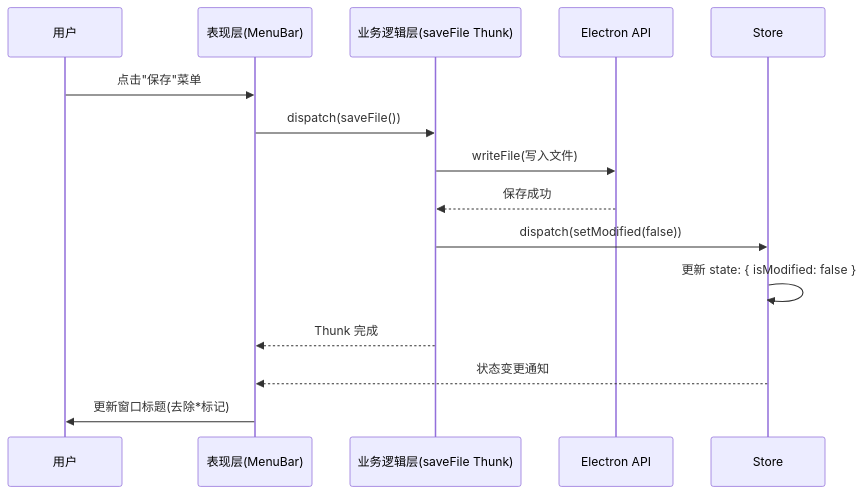
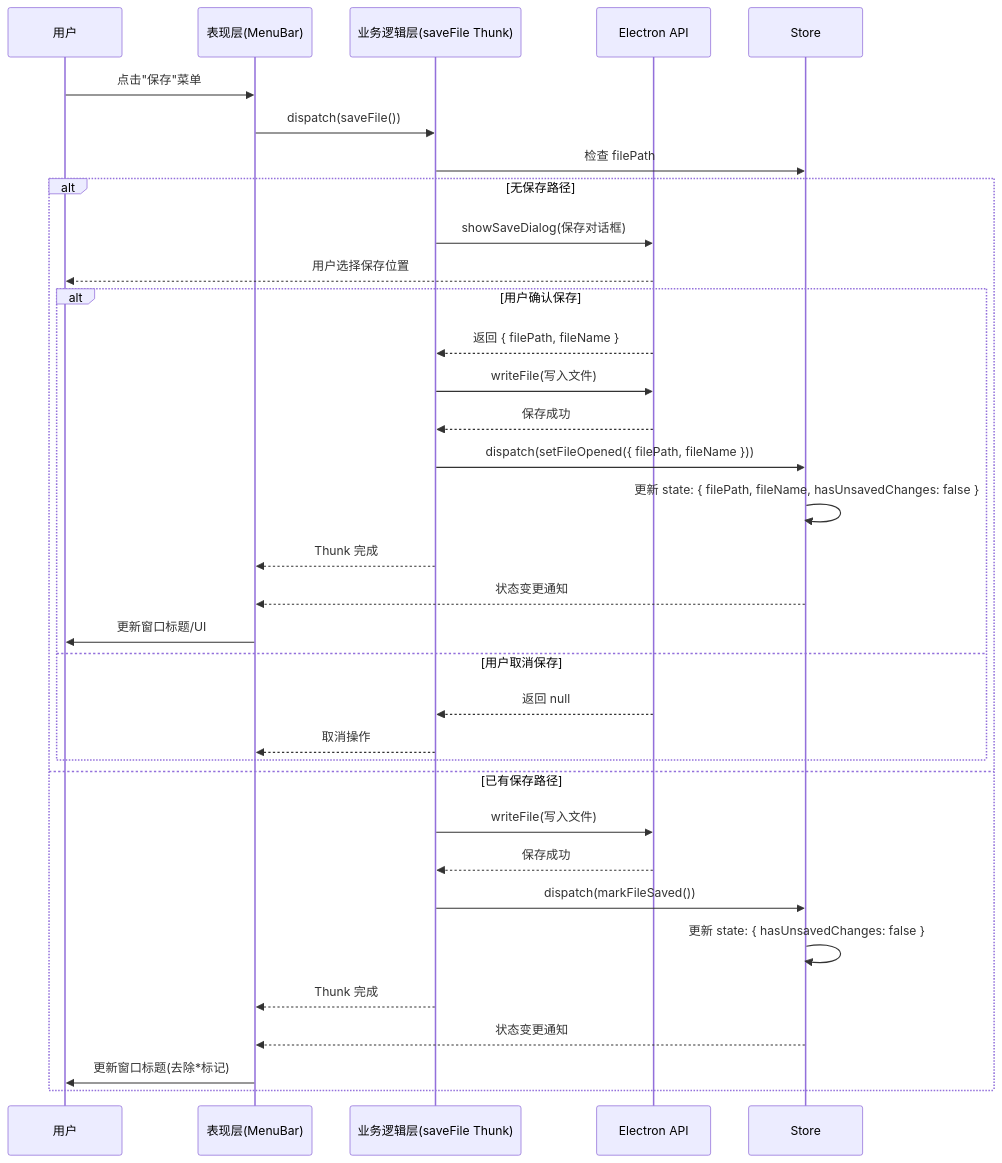
The third of 4 diagrams in doc/技术设计/业务逻辑层.md (kampfer/trae-image-marker), drawn with Mermaid before and after one commit. The commit also changed other lines of this file and 2 other files, not shown here.

````diff
--- a/doc/技术设计/业务逻辑层.md
+++ b/doc/技术设计/业务逻辑层.md
@@ -326,18 +351,37 @@
 ```mermaid
 sequenceDiagram
     participant U as 用户
     participant UI as 表现层(MenuBar)
     participant CL as 业务逻辑层(saveFile Thunk)
     participant EP as Electron API
     participant SL as Store
 
     U->>UI: 点击"保存"菜单
     UI->>CL: dispatch(saveFile())
-    CL->>EP: writeFile(写入文件)
-    EP-->>CL: 保存成功
-    CL->>SL: dispatch(setModified(false))
-    SL->>SL: 更新 state: { isModified: false }
-    CL-->>UI: Thunk 完成
-    SL-->>UI: 状态变更通知
-    UI->>U: 更新窗口标题(去除*标记)
+    CL->>SL: 检查 filePath
+    alt 无保存路径
+        CL->>EP: showSaveDialog(保存对话框)
+        EP-->>U: 用户选择保存位置
+        alt 用户确认保存
+            EP-->>CL: 返回 { filePath, fileName }
+            CL->>EP: writeFile(写入文件)
+            EP-->>CL: 保存成功
+            CL->>SL: dispatch(setFileOpened({ filePath, fileName }))
+            SL->>SL: 更新 state: { filePath, fileName, hasUnsavedChanges: false }
+            CL-->>UI: Thunk 完成
+            SL-->>UI: 状态变更通知
+            UI->>U: 更新窗口标题/UI
+        else 用户取消保存
+            EP-->>CL: 返回 null
+            CL-->>UI: 取消操作
+        end
+    else 已有保存路径
+        CL->>EP: writeFile(写入文件)
+        EP-->>CL: 保存成功
+        CL->>SL: dispatch(markFileSaved())
+        SL->>SL: 更新 state: { hasUnsavedChanges: false }
+        CL-->>UI: Thunk 完成
+        SL-->>UI: 状态变更通知
+        UI->>U: 更新窗口标题(去除*标记)
+    end
 ```
````
